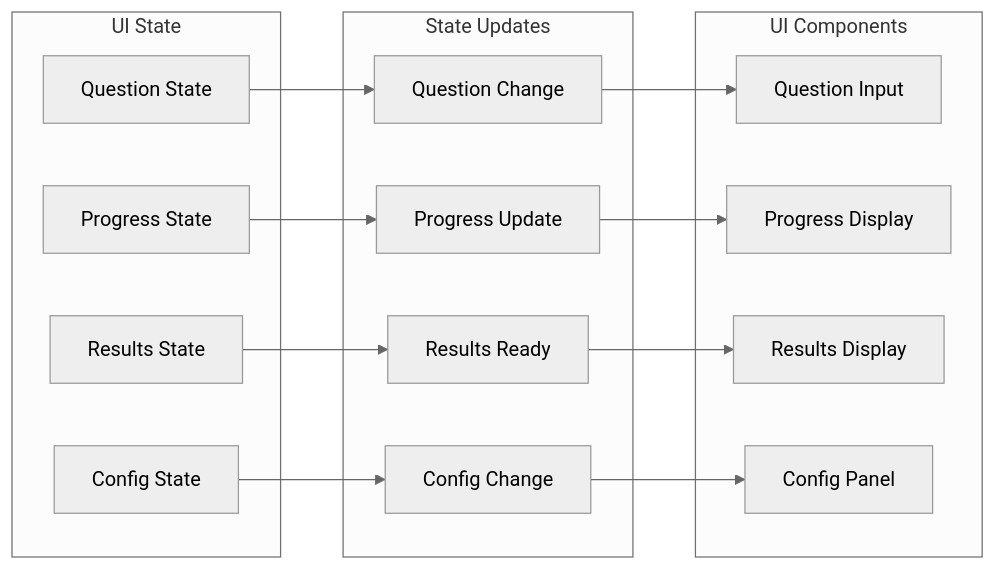
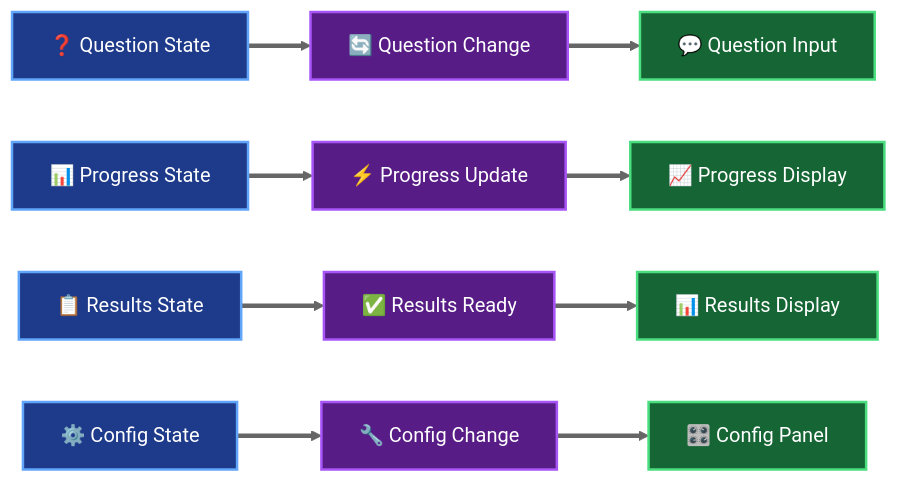
Before and after one commit to usathyan/paper-qa-ui: the sixth of 18 diagrams in docs/DEVELOPER.md, drawn with Mermaid (neutral theme). The commit also changed other lines of this file, not shown here.

First line of the commit message:
Enhance second batch of mermaid diagrams with professional styling

````diff
--- a/docs/DEVELOPER.md
+++ b/docs/DEVELOPER.md
@@ -398,33 +420,40 @@
 ```mermaid
-graph LR
-    subgraph "UI State"
-        STATE_QUESTION[Question State]
-        STATE_PROGRESS[Progress State]
-        STATE_RESULTS[Results State]
-        STATE_CONFIG[Config State]
-    end
+flowchart LR
+    %% State Storage
+    STATE_QUESTION[❓ Question State]
+    STATE_PROGRESS[📊 Progress State]
+    STATE_RESULTS[📋 Results State]
+    STATE_CONFIG[⚙️ Config State]
     
-    subgraph "State Updates"
-        UPDATE_QUESTION[Question Change]
-        UPDATE_PROGRESS[Progress Update]
-        UPDATE_RESULTS[Results Ready]
-        UPDATE_CONFIG[Config Change]
-    end
+    %% State Updates
+    UPDATE_QUESTION[🔄 Question Change]
+    UPDATE_PROGRESS[⚡ Progress Update]
+    UPDATE_RESULTS[✅ Results Ready]
+    UPDATE_CONFIG[🔧 Config Change]
     
-    subgraph "UI Components"
-        COMP_QUESTION[Question Input]
-        COMP_PROGRESS[Progress Display]
-        COMP_RESULTS[Results Display]
-        COMP_CONFIG[Config Panel]
-    end
+    %% UI Components
+    COMP_QUESTION[💬 Question Input]
+    COMP_PROGRESS[📈 Progress Display]
+    COMP_RESULTS[📊 Results Display]
+    COMP_CONFIG[🎛️ Config Panel]
     
-    STATE_QUESTION --> UPDATE_QUESTION
-    STATE_PROGRESS --> UPDATE_PROGRESS
-    STATE_RESULTS --> UPDATE_RESULTS
-    STATE_CONFIG --> UPDATE_CONFIG
+    %% Flow
+    STATE_QUESTION ==> UPDATE_QUESTION
+    STATE_PROGRESS ==> UPDATE_PROGRESS
+    STATE_RESULTS ==> UPDATE_RESULTS
+    STATE_CONFIG ==> UPDATE_CONFIG
     
-    UPDATE_QUESTION --> COMP_QUESTION
-    UPDATE_PROGRESS --> COMP_PROGRESS
-    UPDATE_RESULTS --> COMP_RESULTS
-    UPDATE_CONFIG --> COMP_CONFIG
+    UPDATE_QUESTION ==> COMP_QUESTION
+    UPDATE_PROGRESS ==> COMP_PROGRESS
+    UPDATE_RESULTS ==> COMP_RESULTS
+    UPDATE_CONFIG ==> COMP_CONFIG
+    
+    %% Styling
+    classDef stateStyle fill:#1e3a8a,stroke:#60a5fa,stroke-width:2px,color:#ffffff
+    classDef updateStyle fill:#581c87,stroke:#a855f7,stroke-width:2px,color:#ffffff
+    classDef componentStyle fill:#166534,stroke:#4ade80,stroke-width:2px,color:#ffffff
+    
+    class STATE_QUESTION,STATE_PROGRESS,STATE_RESULTS,STATE_CONFIG stateStyle
+    class UPDATE_QUESTION,UPDATE_PROGRESS,UPDATE_RESULTS,UPDATE_CONFIG updateStyle
+    class COMP_QUESTION,COMP_PROGRESS,COMP_RESULTS,COMP_CONFIG componentStyle
 ```
````
